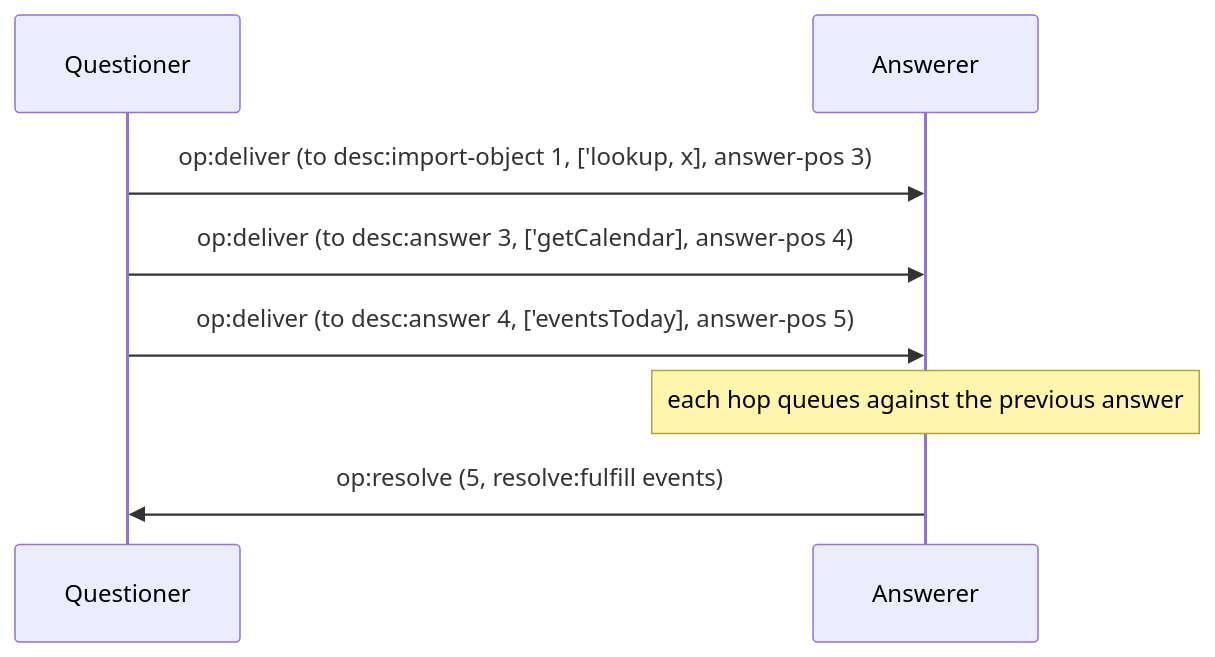
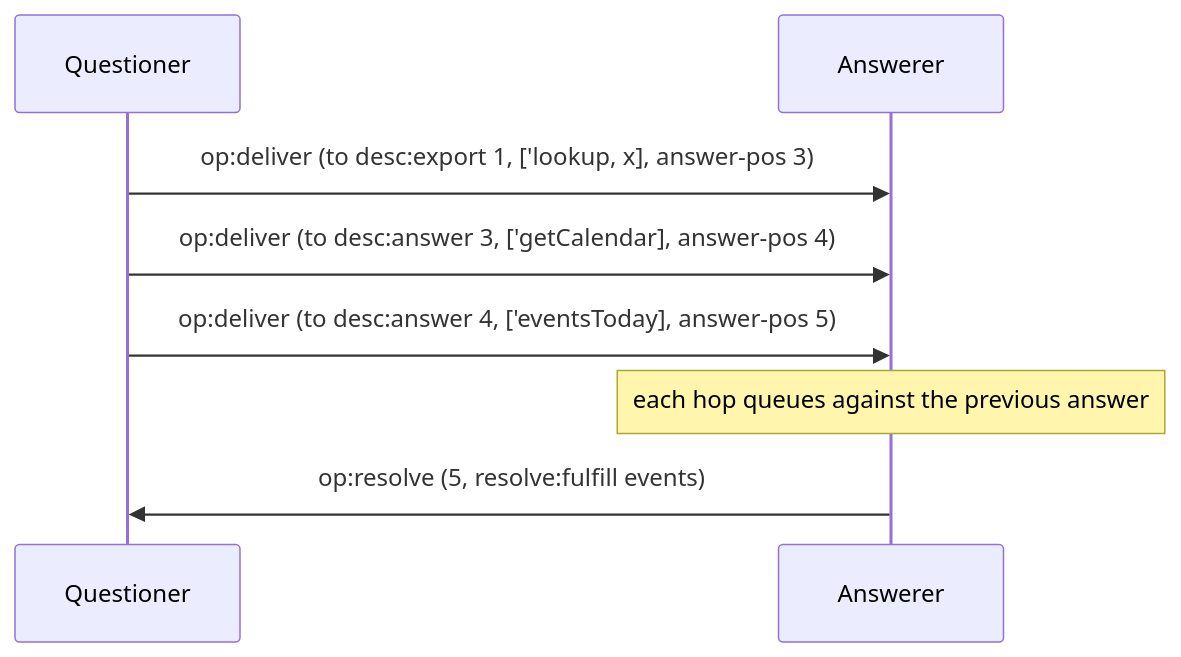
Before and after one commit to glowcap-org/glowcap: the third of 7 diagrams in docs/protocol-diagrams/03-promises-and-pipelining.md, drawn with Mermaid. The commit also changed other lines of this file and 419 other files, not shown here.

````diff
--- a/docs/protocol-diagrams/03-promises-and-pipelining.md
+++ b/docs/protocol-diagrams/03-promises-and-pipelining.md
@@ -47,10 +47,10 @@
 ```mermaid
 sequenceDiagram
     participant Q as Questioner
     participant R as Answerer
-    Q->>R: op:deliver (to desc:import-object 1, ['lookup, x], answer-pos 3)
+    Q->>R: op:deliver (to desc:export 1, ['lookup, x], answer-pos 3)
     Q->>R: op:deliver (to desc:answer 3, ['getCalendar], answer-pos 4)
     Q->>R: op:deliver (to desc:answer 4, ['eventsToday], answer-pos 5)
     Note over R: each hop queues against the previous answer
     R->>Q: op:resolve (5, resolve:fulfill events)
 ```
````
